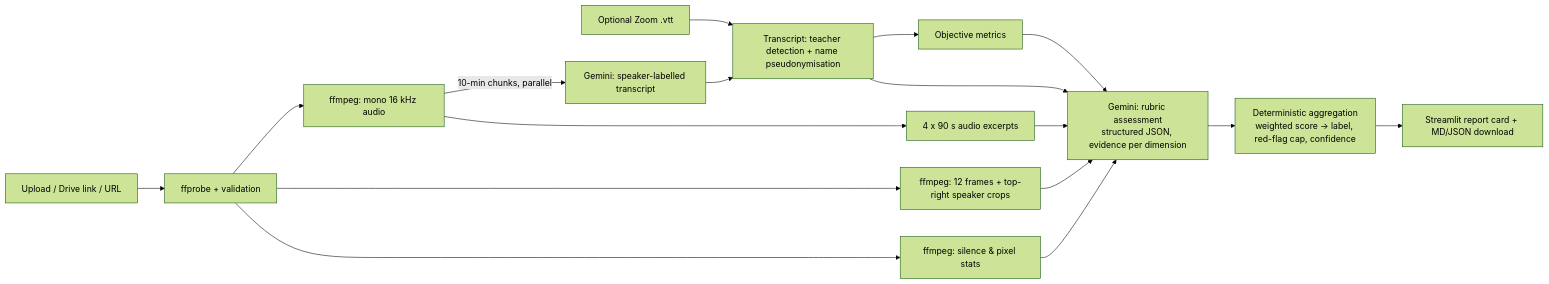
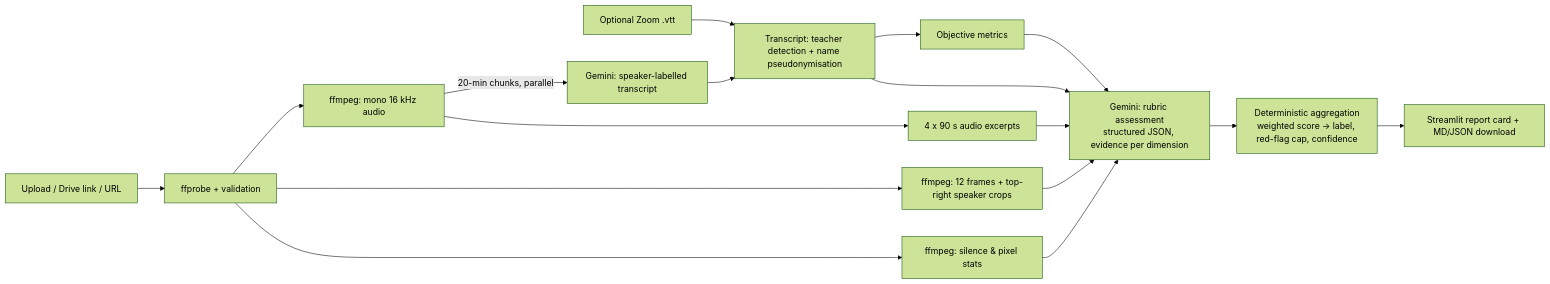
Before and after one commit to khushalkumar/class-quality-assessor: the diagram in README.md, drawn with Mermaid (forest theme). The commit also changed other lines of this file and 5 other files, not shown here.

````diff
--- a/README.md
+++ b/README.md
@@ -24,15 +24,15 @@
 ```mermaid
 flowchart LR
     A[Upload / Drive link / URL] --> B[ffprobe + validation]
     B --> C[ffmpeg: mono 16 kHz audio]
     B --> D[ffmpeg: 12 frames + top-right speaker crops]
     B --> E[ffmpeg: silence & pixel stats]
     V[Optional Zoom .vtt] --> T
-    C -->|10-min chunks, parallel| G1[Gemini: speaker-labelled transcript]
+    C -->|20-min chunks, parallel| G1[Gemini: speaker-labelled transcript]
     G1 --> T[Transcript: teacher detection + name pseudonymisation]
     T --> M[Objective metrics]
     C --> X[4 x 90 s audio excerpts]
     T & M & D & E & X --> G2[Gemini: rubric assessment<br/>structured JSON, evidence per dimension]
     G2 --> S[Deterministic aggregation<br/>weighted score -> label, red-flag cap, confidence]
     S --> R[Streamlit report card + MD/JSON download]
 ```
````
